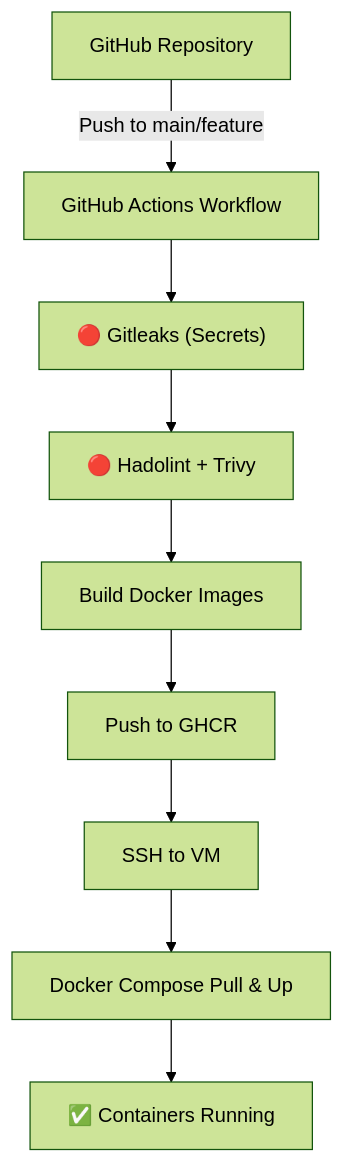
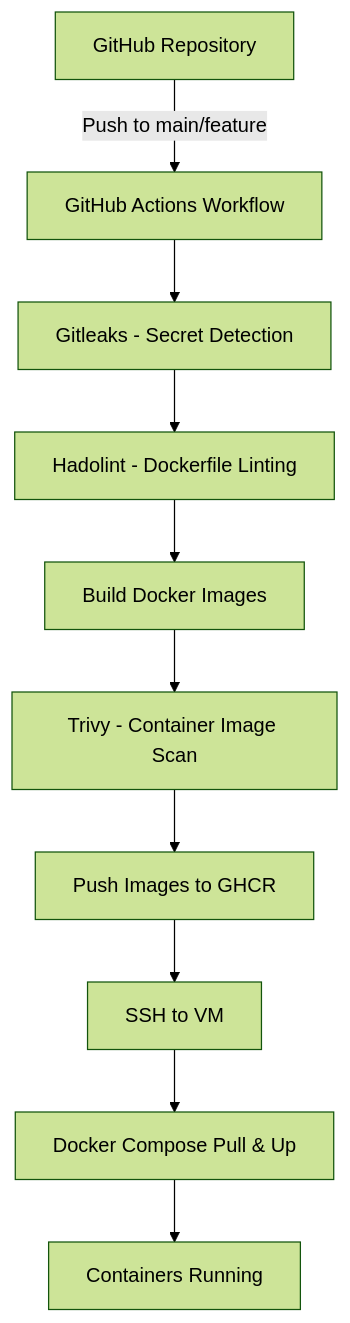
The diagram in readme.md (A-Marbach/conduit-container), drawn with Mermaid (forest theme) before and after one commit. The commit also changed other lines of this file, not shown here.

````diff
--- a/readme.md
+++ b/readme.md
@@ -180,11 +188,12 @@
 ```mermaid
 flowchart TD
-    GitHubRepo[GitHub Repository] -->|Push to main/feature| Actions[GitHub Actions Workflow]
-    Actions --> Gitleaks["🔴 Gitleaks (Secrets)"]
-    Gitleaks --> Infra["🔴 Hadolint + Trivy"]
-    Infra --> Build["Build Docker Images"]
-    Build --> Push["Push to GHCR"]
+   GitHubRepo[GitHub Repository] -->|Push to main/feature| Actions[GitHub Actions Workflow]
+    Actions --> Gitleaks["Gitleaks - Secret Detection"]
+    Gitleaks --> Hadolint["Hadolint - Dockerfile Linting"]
+    Hadolint --> Build["Build Docker Images"]
+    Build --> Trivy["Trivy - Container Image Scan"]
+    Trivy --> Push["Push Images to GHCR"]
     Push --> SSH["SSH to VM"]
     SSH --> Compose["Docker Compose Pull & Up"]
-    Compose --> Running["✅ Containers Running"]
+    Compose --> Running["Containers Running"]
 ```
````
